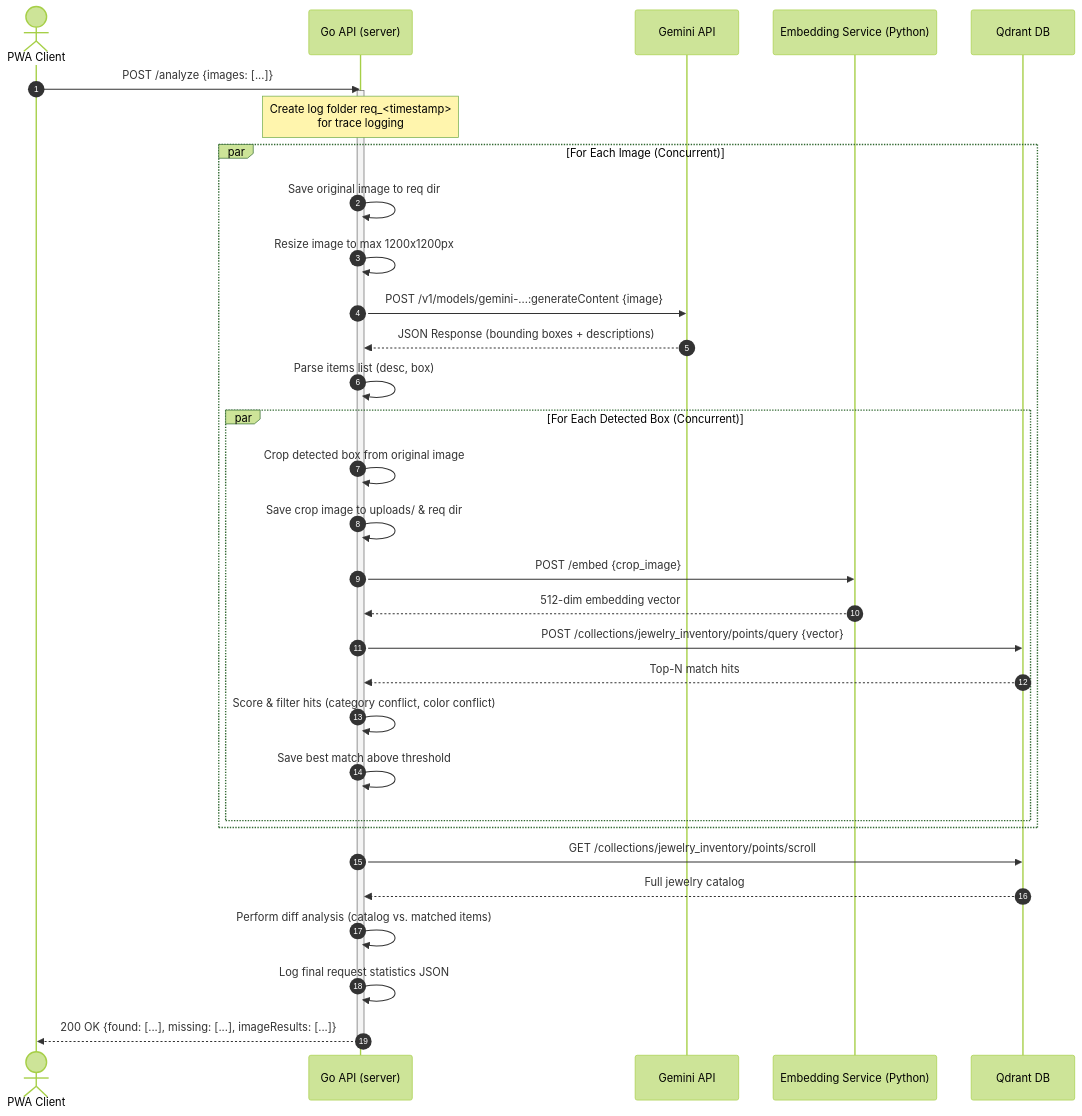
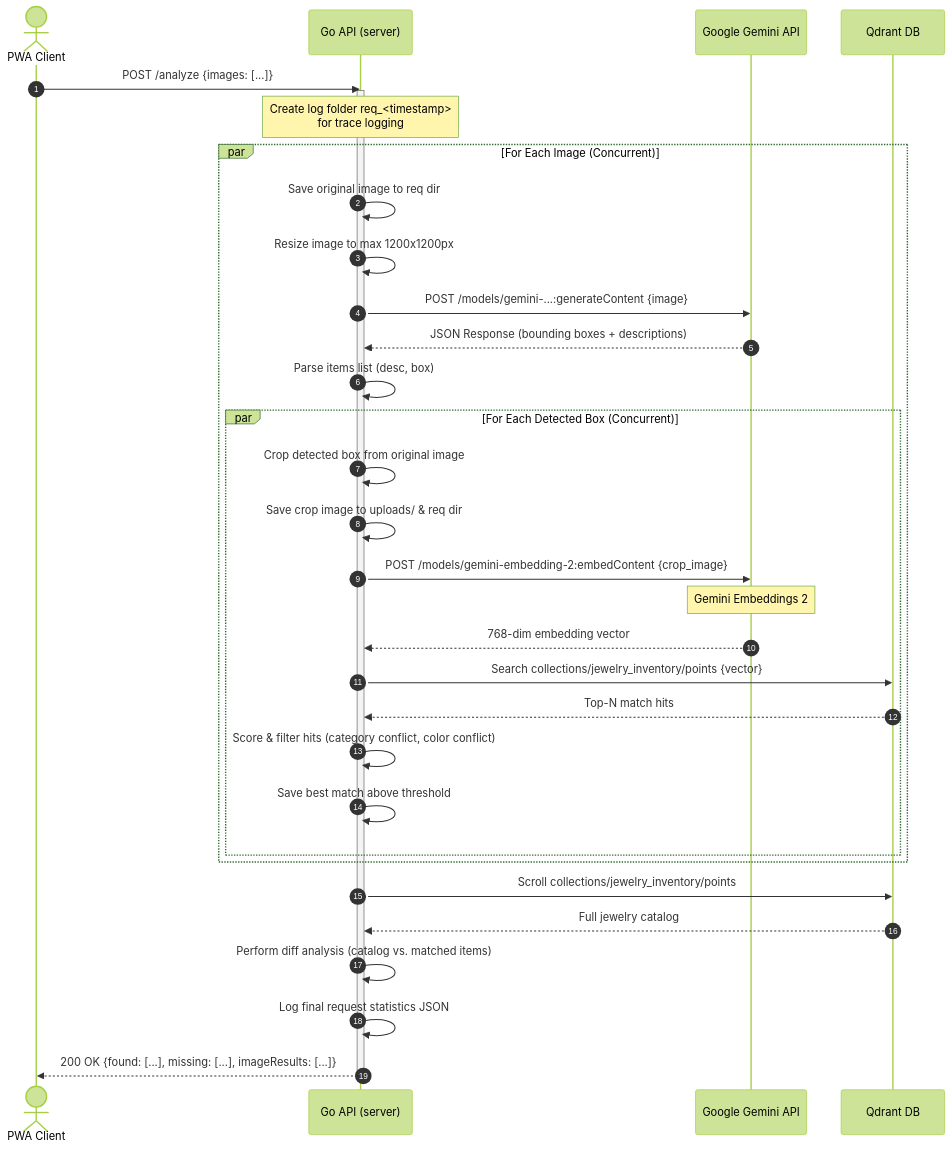
Before and after one commit to lupohirp/ShelfScan: the first of 4 diagrams in docs/api_sequence_diagrams.md, drawn with Mermaid (forest theme). The commit also changed other lines of this file, not shown here.

````diff
--- a/docs/api_sequence_diagrams.md
+++ b/docs/api_sequence_diagrams.md
@@ -10,39 +10,41 @@
 ```mermaid
 sequenceDiagram
     autonumber
     actor Client as PWA Client
     participant API as Go API (server)
-    participant Gemini as Gemini API
-    participant ML as Embedding Service (Python)
+    participant GeminiAPI as Google Gemini API
     participant Qdrant as Qdrant DB
 
     Client->>API: POST /analyze {images: [...]}
     activate API
     Note over API: Create log folder req_<timestamp><br/>for trace logging
     
     par For Each Image (Concurrent)
         API->>API: Save original image to req dir
         API->>API: Resize image to max 1200x1200px
-        API->>Gemini: POST /v1/models/gemini-...:generateContent {image}
-        Gemini-->>API: JSON Response (bounding boxes + descriptions)
+        API->>GeminiAPI: POST /models/gemini-...:generateContent {image}
+        GeminiAPI-->>API: JSON Response (bounding boxes + descriptions)
         API->>API: Parse items list (desc, box)
         
         par For Each Detected Box (Concurrent)
             API->>API: Crop detected box from original image
             API->>API: Save crop image to uploads/ & req dir
-            API->>ML: POST /embed {crop_image}
-            ML-->>API: 512-dim embedding vector
-            API->>Qdrant: POST /collections/jewelry_inventory/points/query {vector}
+            
+            API->>GeminiAPI: POST /models/gemini-embedding-2:embedContent {crop_image}
+            Note over GeminiAPI: Gemini Embeddings 2
+            GeminiAPI-->>API: 768-dim embedding vector
+            
+            API->>Qdrant: Search collections/jewelry_inventory/points {vector}
             Qdrant-->>API: Top-N match hits
             API->>API: Score & filter hits (category conflict, color conflict)
             API->>API: Save best match above threshold
         end
     end
     
-    API->>Qdrant: GET /collections/jewelry_inventory/points/scroll
+    API->>Qdrant: Scroll collections/jewelry_inventory/points
     Qdrant-->>API: Full jewelry catalog
     API->>API: Perform diff analysis (catalog vs. matched items)
     API->>API: Log final request statistics JSON
     API-->>Client: 200 OK {found: [...], missing: [...], imageResults: [...]}
     deactivate API
 ```
````
